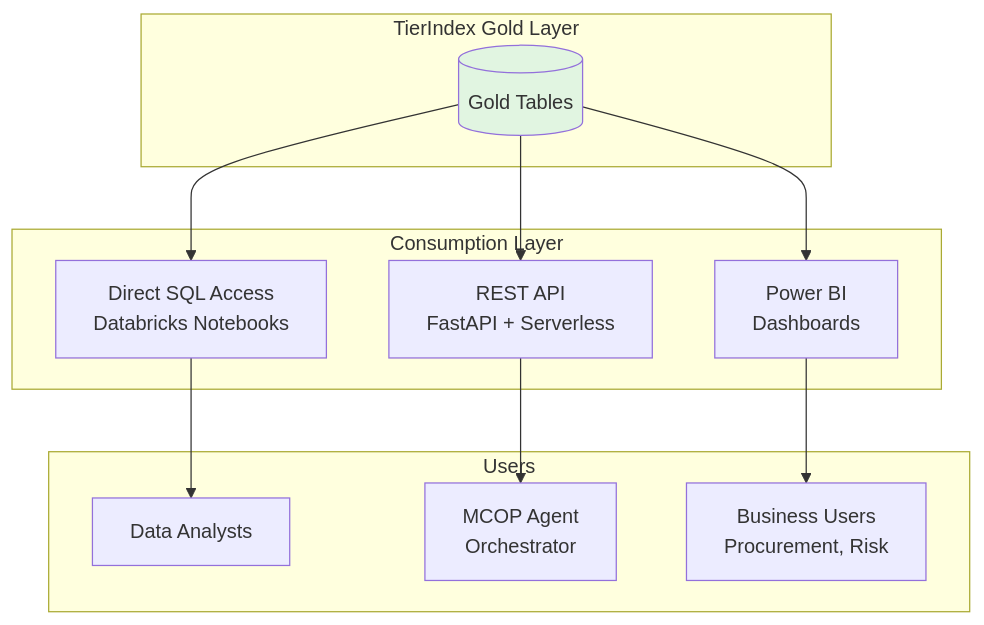
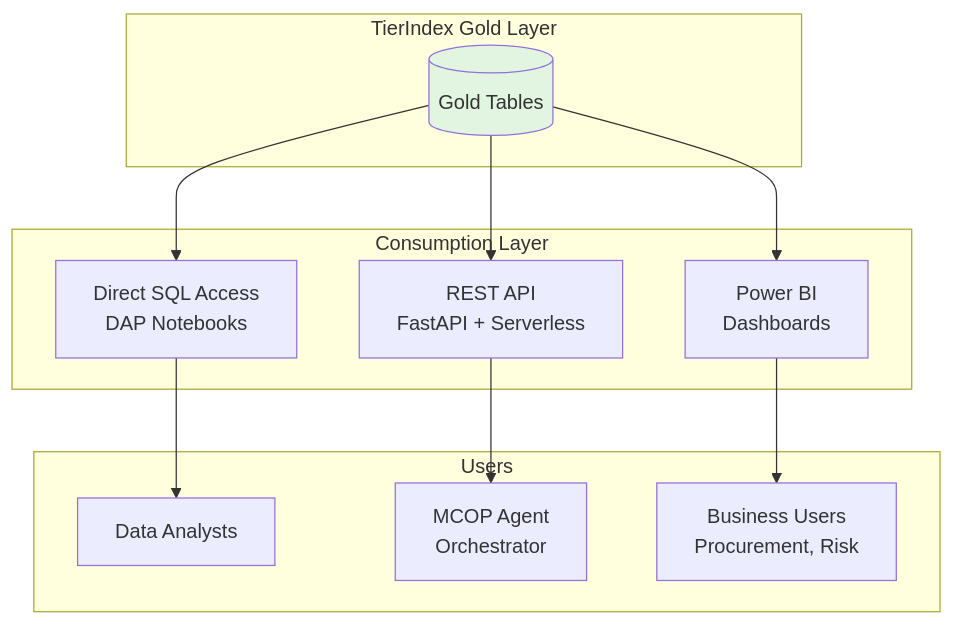
Before and after one commit to minarovic/front_archi-agent: the second of 2 diagrams in docs_langgraph/workshop_presentation/04_architecture_decisions.md, drawn with Mermaid. The commit also changed other lines of this file and 21 other files, not shown here.

````diff
--- a/docs_langgraph/workshop_presentation/04_architecture_decisions.md
+++ b/docs_langgraph/workshop_presentation/04_architecture_decisions.md
@@ -273,28 +273,28 @@
 ```mermaid
 graph TB
     subgraph "TierIndex Gold Layer"
         GOLD[(Gold Tables)]
     end
 
     subgraph "Consumption Layer"
-        SQL[Direct SQL Access<br/>Databricks Notebooks]
+        SQL[Direct SQL Access<br/>DAP Notebooks]
         API[REST API<br/>FastAPI + Serverless]
         PBI[Power BI<br/>Dashboards]
     end
 
     subgraph "Users"
         ANALYST[Data Analysts]
         APP[MCOP Agent<br/>Orchestrator]
         BIZ[Business Users<br/>Procurement, Risk]
     end
 
     GOLD --> SQL
     GOLD --> API
     GOLD --> PBI
 
     SQL --> ANALYST
     API --> APP
     PBI --> BIZ
 
     style GOLD fill:#e1f5e1
 ```
````
